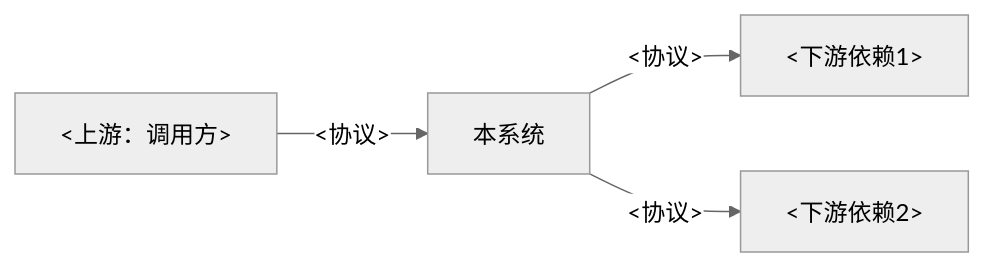
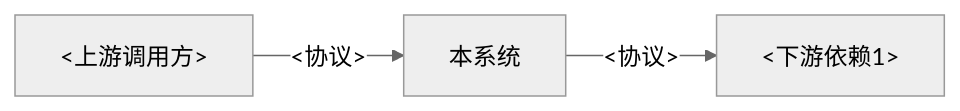
One commit to guanwenbo/pi-workflow changed the fourth of 9 diagrams in docs/templates/03-design.md. Above: the diagram before and after it, drawn with Mermaid (neutral theme). The commit also changed other lines of this file and 6 other files, not shown here.

````diff
--- a/docs/templates/03-design.md
+++ b/docs/templates/03-design.md
@@ -79,6 +59,5 @@
 ```mermaid
 flowchart LR
-  U[<上游：调用方>] -->|<协议>| S[本系统]
+  U[<上游调用方>] -->|<协议>| S[本系统]
   S -->|<协议>| D1[<下游依赖1>]
-  S -->|<协议>| D2[<下游依赖2>]
 ```
````
